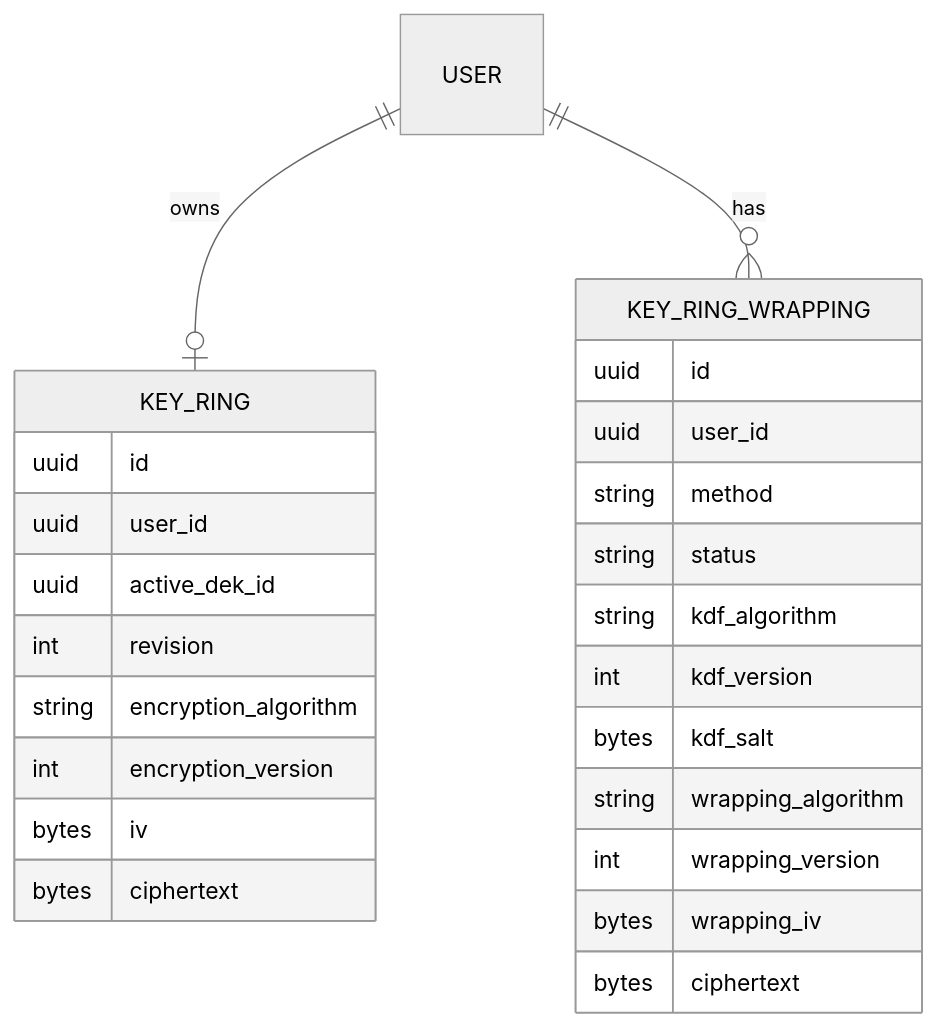
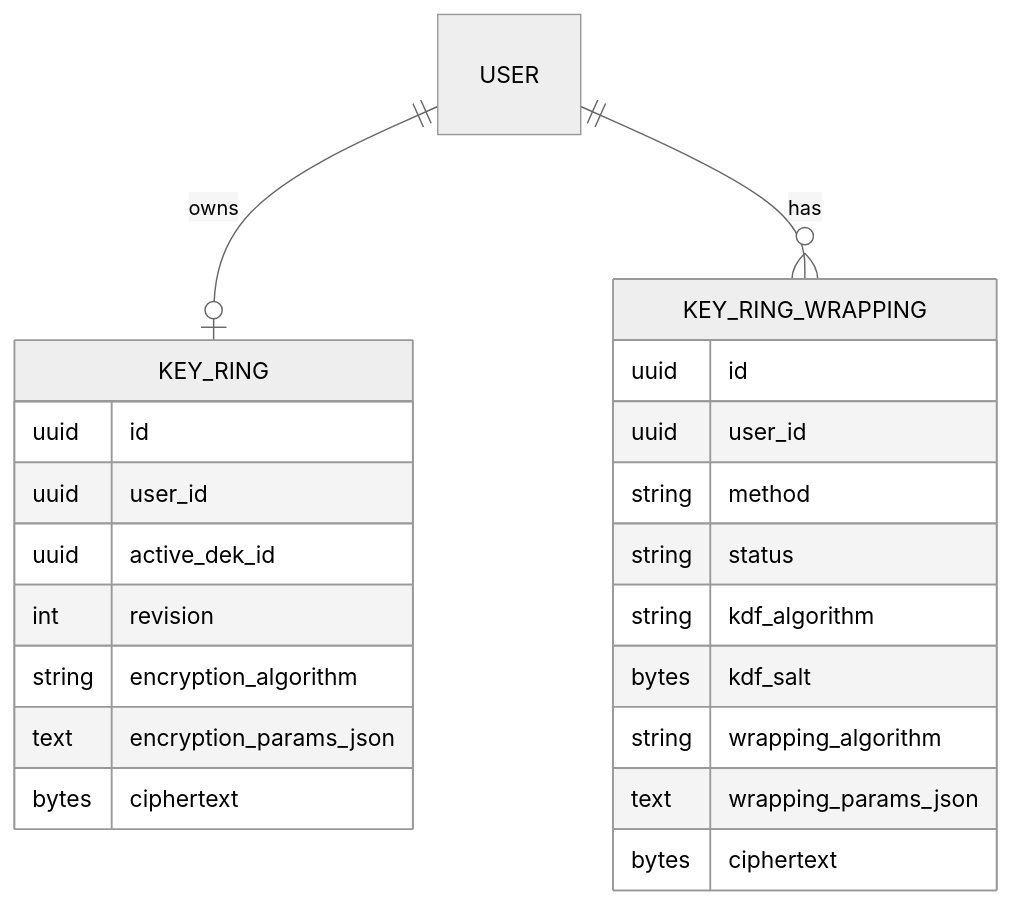
The first of 8 diagrams in apps/app/docs/e2ee.md (balakin/autokpo), drawn with Mermaid (neutral theme) before and after one commit. The commit also changed other lines of this file and 33 other files, not shown here.

Commit message:
feat: unify encryption params

````diff
--- a/apps/app/docs/e2ee.md
+++ b/apps/app/docs/e2ee.md
@@ -20,30 +20,27 @@
 ```mermaid
 erDiagram
   USER ||--o| KEY_RING : owns
   USER ||--o{ KEY_RING_WRAPPING : has
 
   KEY_RING {
     uuid id
     uuid user_id
     uuid active_dek_id
     int revision
     string encryption_algorithm
-    int encryption_version
-    bytes iv
+    text encryption_params_json
     bytes ciphertext
   }
 
   KEY_RING_WRAPPING {
     uuid id
     uuid user_id
     string method
     string status
     string kdf_algorithm
-    int kdf_version
     bytes kdf_salt
     string wrapping_algorithm
-    int wrapping_version
-    bytes wrapping_iv
+    text wrapping_params_json
     bytes ciphertext
   }
 ```
````
